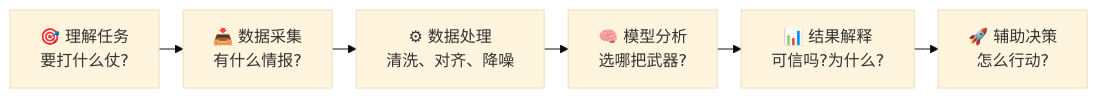
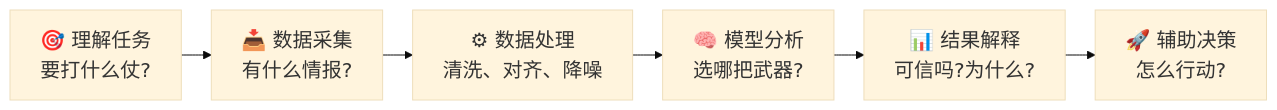
One commit to YangYibiao/yangyibiao.github.io changed the diagram in datamining/slides/01_intro.md. Above: the diagram before and after it, drawn with Mermaid. The commit also changed other lines of this file and 11 other files, not shown here.

````diff
--- a/datamining/slides/01_intro.md
+++ b/datamining/slides/01_intro.md
@@ -437,10 +437,10 @@
 ```mermaid
-%%{init: { 'theme': 'base', 'themeVariables': { 'fontSize': '16px', 'fontFamily': 'LXGWWenKai, \"Noto Sans SC\", sans-serif' }, 'flowchart': { 'nodeSpacing': 12, 'rankSpacing': 24 } } }%%
+%%{init: { 'theme': 'base', 'themeVariables': { 'fontSize': '20px', 'fontFamily': 'LXGWWenKai, \"Noto Sans SC\", sans-serif' }, 'flowchart': { 'nodeSpacing': 16, 'rankSpacing': 30 } } }%%
 flowchart LR
     A["🎯 理解任务<br/>要打什么仗?"]
     --> B["📥 数据采集<br/>有什么情报?"]
     --> C["⚙ 数据处理<br/>清洗、对齐、降噪"]
     --> D["🧠 模型分析<br/>选哪把武器?"]
     --> E["📊 结果解释<br/>可信吗?为什么?"]
     --> F["🚀 辅助决策<br/>怎么行动?"]
 ```
````
